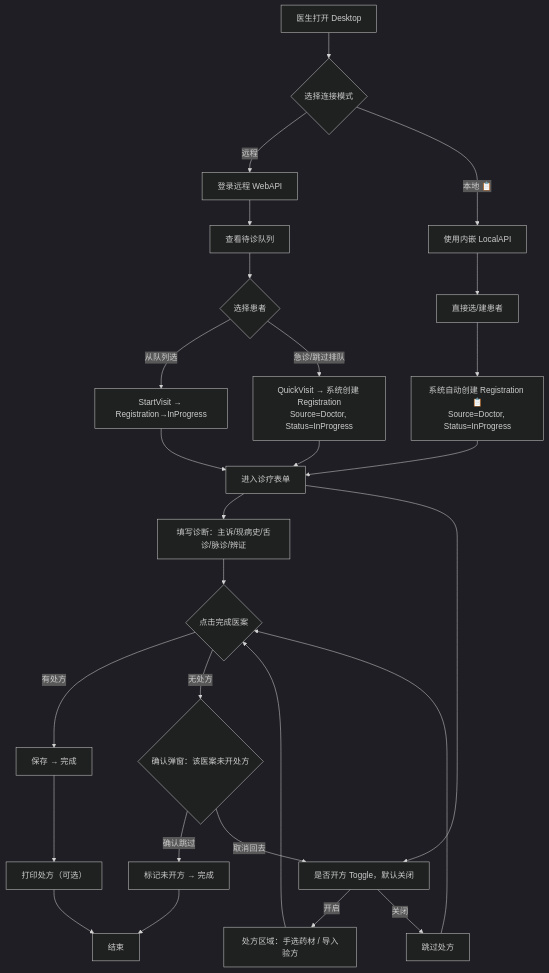
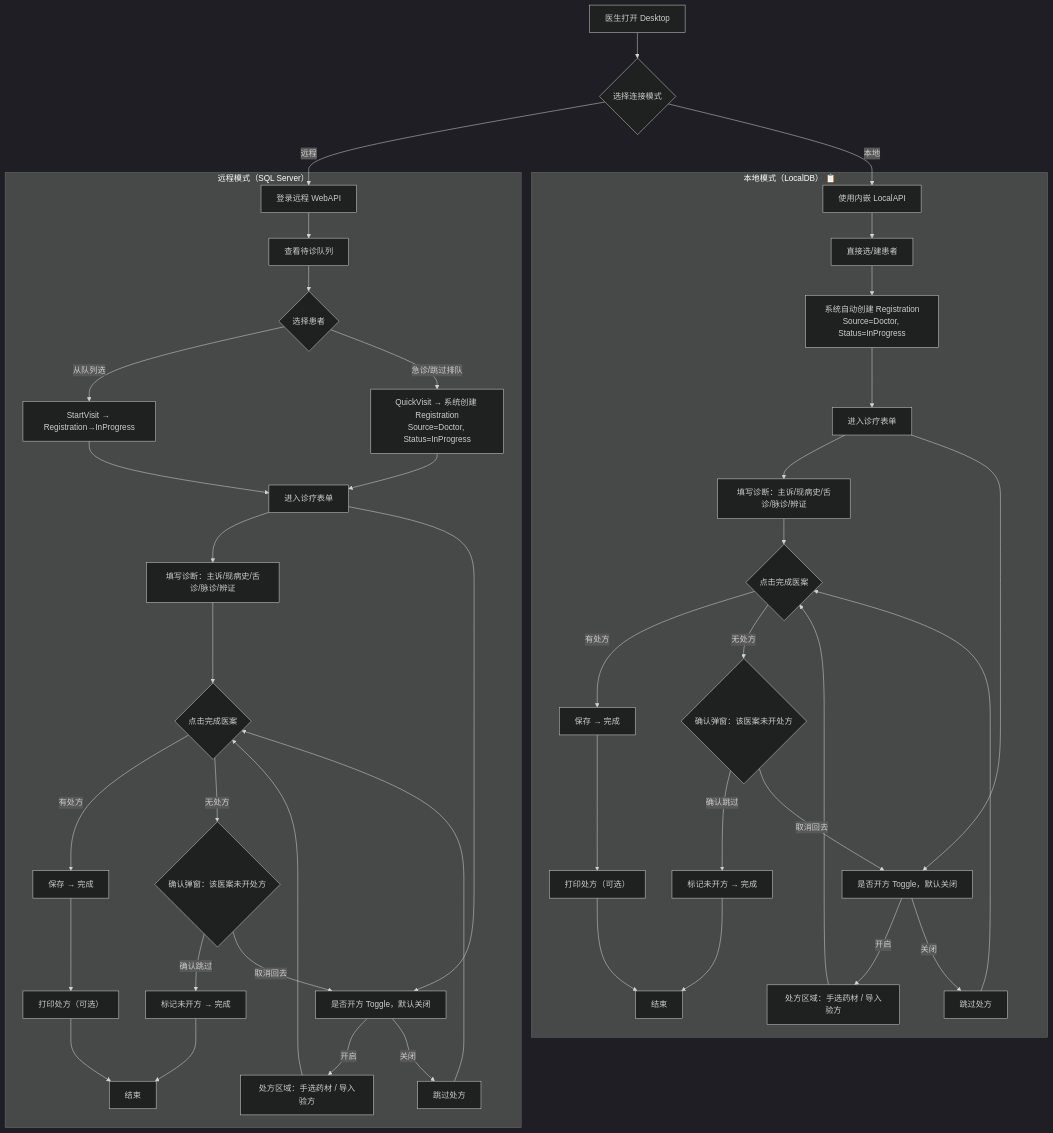
Before and after one commit to shouqitao/LYBTZYZS: the eighth of 11 diagrams in docs/01-product/02-personas.md, drawn with Mermaid (dark theme).

Commit message:
docs(personas): Doctor flowchart — separate remote and local into two independent subgraphs

````diff
--- a/docs/01-product/02-personas.md
+++ b/docs/01-product/02-personas.md
@@ -239,29 +239,46 @@
 ```mermaid
 flowchart TD
     A[医生打开 Desktop] --> B{选择连接模式}
-    B -->|远程| C[登录远程 WebAPI]
-    B -->|本地 📋| D[使用内嵌 LocalAPI]
-    C --> C1[查看待诊队列]
-    C1 --> H{选择患者}
-    H -->|从队列选| I[StartVisit → Registration→InProgress]
-    H -->|急诊/跳过排队| J[QuickVisit → 系统创建 Registration\nSource=Doctor, Status=InProgress]
-    D --> G[直接选/建患者]
-    G --> G1[系统自动创建 Registration 📋\nSource=Doctor, Status=InProgress]
-    I --> K[进入诊疗表单]
-    J --> K
-    G1 --> K
 
-    K --> L1[填写诊断：主诉/现病史/舌诊/脉诊/辨证]
-    K --> L2[是否开方 Toggle，默认关闭]
-    L2 -->|开启| L3[处方区域：手选药材 / 导入验方]
-    L2 -->|关闭| L4[跳过处方]
+    subgraph Remote["远程模式（SQL Server）"]
+        C[登录远程 WebAPI] --> C1[查看待诊队列]
+        C1 --> H{选择患者}
+        H -->|从队列选| I[StartVisit → Registration→InProgress]
+        H -->|急诊/跳过排队| J[QuickVisit → 系统创建 Registration\nSource=Doctor, Status=InProgress]
+        I --> K1[进入诊疗表单]
+        J --> K1
+        K1 --> L1R[填写诊断：主诉/现病史/舌诊/脉诊/辨证]
+        K1 --> L2R[是否开方 Toggle，默认关闭]
+        L2R -->|开启| L3R[处方区域：手选药材 / 导入验方]
+        L2R -->|关闭| L4R[跳过处方]
+        L1R & L3R & L4R --> MR{点击完成医案}
+        MR -->|有处方| NR[保存 → 完成]
+        MR -->|无处方| OR{确认弹窗：该医案未开处方}
+        OR -->|确认跳过| PR[标记未开方 → 完成]
+        OR -->|取消回去| L2R
+        NR --> QR[打印处方（可选）]
+        PR --> RR[结束]
+        QR --> RR
+    end
 
-    L1 & L3 & L4 --> M{点击完成医案}
-    M -->|有处方| N[保存 → 完成]
-    M -->|无处方| O{确认弹窗：该医案未开处方}
-    O -->|确认跳过| P[标记未开方 → 完成]
-    O -->|取消回去| L2
-    N --> Q[打印处方（可选）]
-    P --> R[结束]
-    Q --> R
+    subgraph Local["本地模式（LocalDB） 📋"]
+        D[使用内嵌 LocalAPI] --> G[直接选/建患者]
+        G --> G1[系统自动创建 Registration\nSource=Doctor, Status=InProgress]
+        G1 --> K2[进入诊疗表单]
+        K2 --> L1L[填写诊断：主诉/现病史/舌诊/脉诊/辨证]
+        K2 --> L2L[是否开方 Toggle，默认关闭]
+        L2L -->|开启| L3L[处方区域：手选药材 / 导入验方]
+        L2L -->|关闭| L4L[跳过处方]
+        L1L & L3L & L4L --> ML{点击完成医案}
+        ML -->|有处方| NL[保存 → 完成]
+        ML -->|无处方| OL{确认弹窗：该医案未开处方}
+        OL -->|确认跳过| PL[标记未开方 → 完成]
+        OL -->|取消回去| L2L
+        NL --> QL[打印处方（可选）]
+        PL --> RL[结束]
+        QL --> RL
+    end
+
+    B -->|远程| C
+    B -->|本地| D
 ```
````
